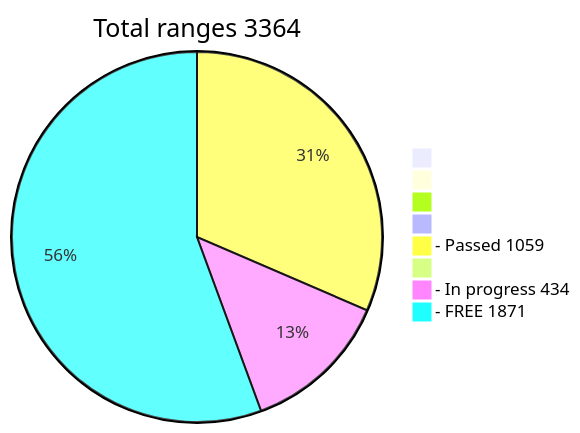
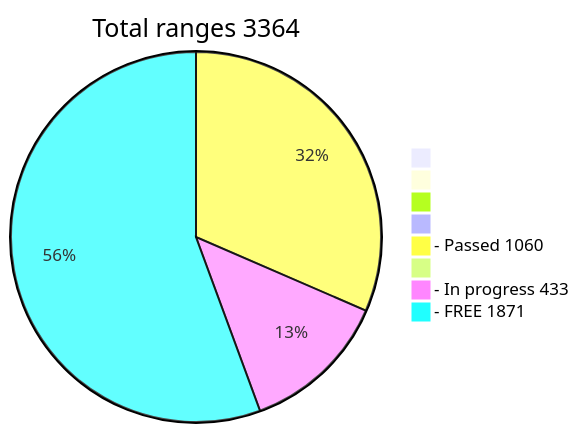
One commit to phrutis/wif500 changed the diagram in README.md. Above: the diagram before and after it, drawn with Mermaid.

````diff
--- a/README.md
+++ b/README.md
@@ -16,12 +16,12 @@
 ```mermaid
 pie title Total ranges 3364
              " " : 0
             "  " : 0
            "   " : 0
           "    " : 0
-  "- Passed 1059" : 1059
+  "- Passed 1060" : 1060
          "     " : 0
-  "- In progress 434" : 434
+  "- In progress 433" : 433
    "- FREE 1871" : 1871
    
 ```
````
